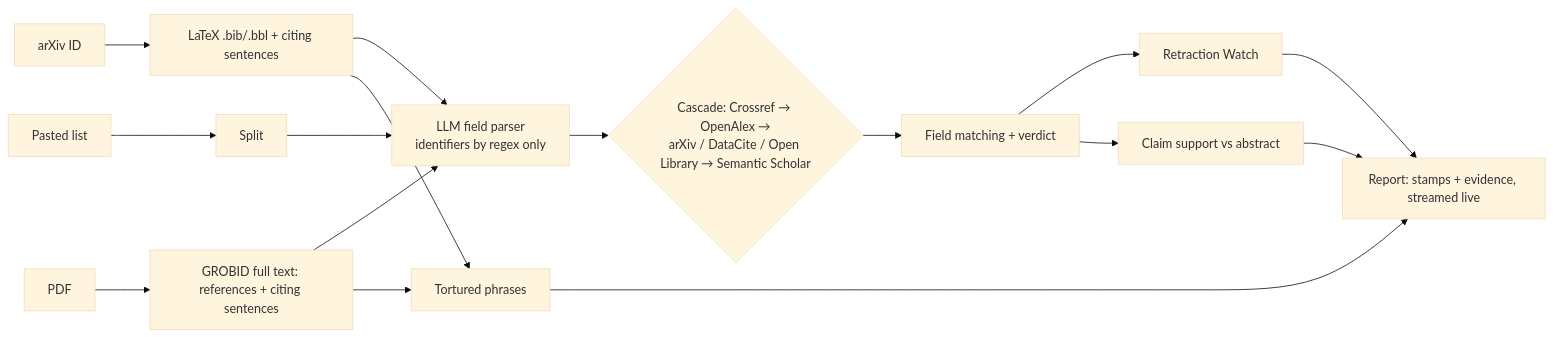
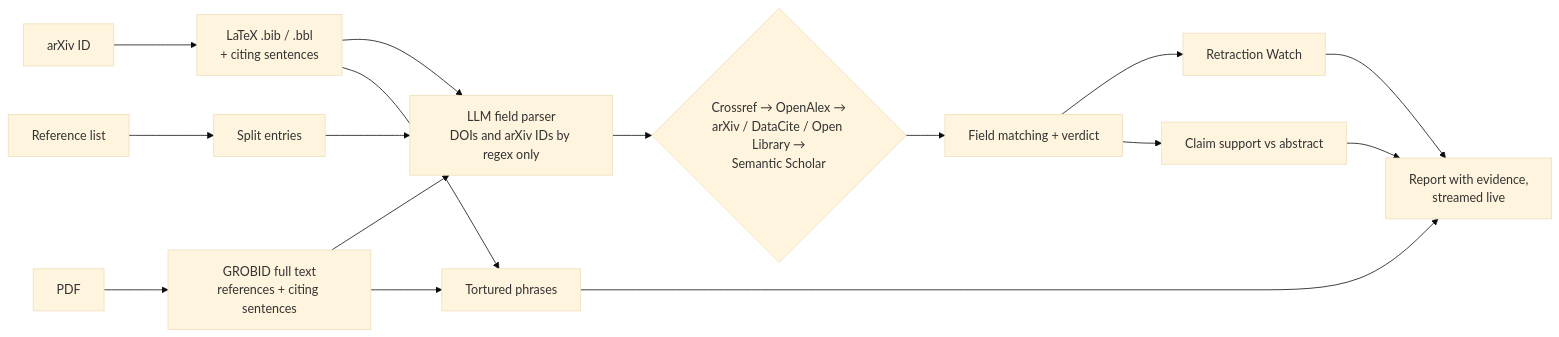
Before and after one commit to Priyanshu-byte-coder/vouch: the diagram in README.md, drawn with Mermaid (base theme). The commit also changed other lines of this file and 3 other files, not shown here.

Commit message:
Product-style README with Vouch logo (light/dark), quick start, API, roadmap, contributing

````diff
--- a/README.md
+++ b/README.md
@@ -72,13 +134,13 @@
 ```mermaid
 flowchart LR
-  A[arXiv ID] --> R[LaTeX .bib/.bbl + citing sentences]
-  P[PDF] --> G[GROBID full text: references + citing sentences]
-  B[Pasted list] --> S[Split]
-  R & G & S --> L[LLM field parser<br/>identifiers by regex only]
-  L --> C{Cascade: Crossref → OpenAlex →<br/>arXiv / DataCite / Open Library → Semantic Scholar}
+  A[arXiv ID] --> R[LaTeX .bib / .bbl<br/>+ citing sentences]
+  P[PDF] --> G[GROBID full text<br/>references + citing sentences]
+  B[Reference list] --> S[Split entries]
+  R & G & S --> L[LLM field parser<br/>DOIs and arXiv IDs by regex only]
+  L --> C{Crossref → OpenAlex →<br/>arXiv / DataCite / Open Library →<br/>Semantic Scholar}
   C --> M[Field matching + verdict]
   M --> RW[Retraction Watch]
   M --> CL[Claim support vs abstract]
   R & G --> TP[Tortured phrases]
-  RW & CL & TP --> REP[Report: stamps + evidence, streamed live]
+  RW & CL & TP --> REP[Report with evidence,<br/>streamed live]
 ```
````
